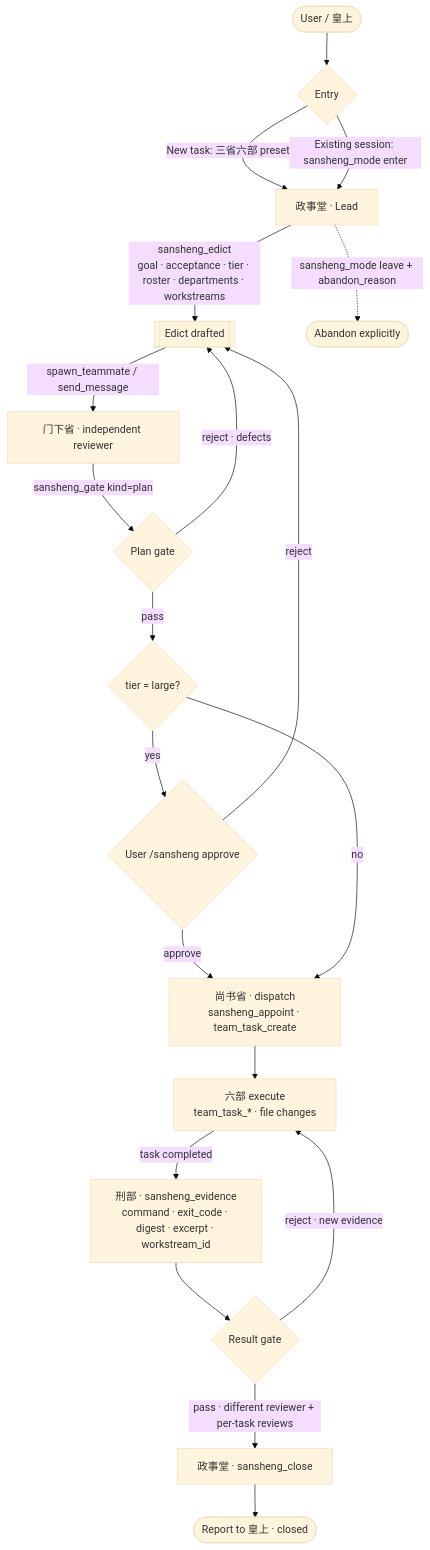
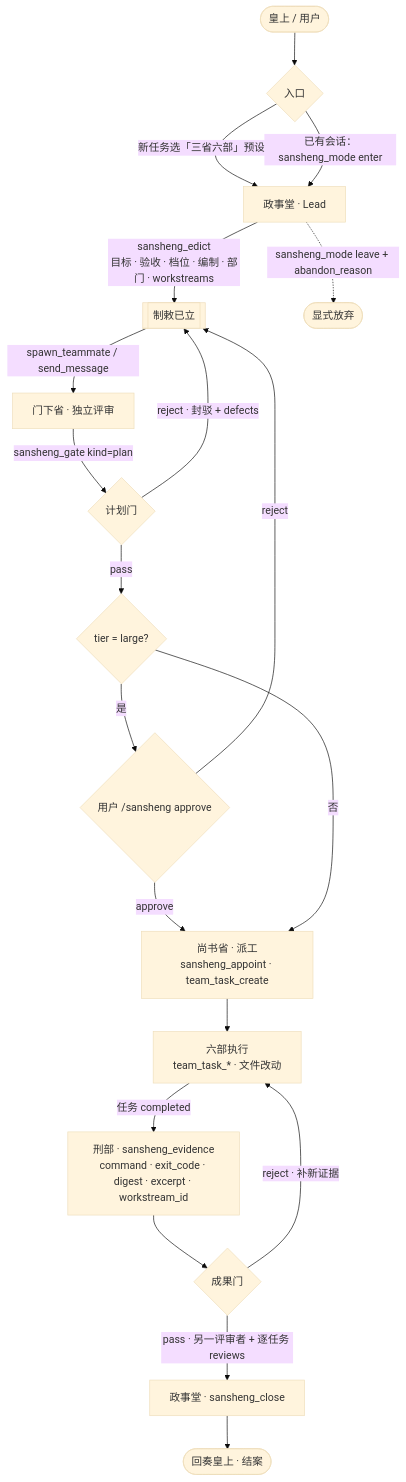
Before and after one commit to matcha-cult/dsh-experimental-sansheng: the diagram in README.md, drawn with Mermaid (base theme). The commit also changed other lines of this file and 3 other files, not shown here.

````diff
--- a/README.md
+++ b/README.md
@@ -97,22 +118,22 @@
 ```mermaid
 flowchart TD
-    U(["User / 皇上"]) --> ENTRY{"Entry"}
-    ENTRY -->|"New task: 三省六部 preset"| LEAD["政事堂 · Lead"]
-    ENTRY -->|"Existing session: sansheng_mode enter"| LEAD
-    LEAD -->|"sansheng_edict<br/>goal · acceptance · tier · roster · departments · workstreams"| EDICT[["Edict drafted"]]
-    EDICT -->|"spawn_teammate / send_message"| REVIEW["门下省 · independent reviewer"]
-    REVIEW -->|"sansheng_gate kind=plan"| PG{"Plan gate"}
-    PG -->|"reject · defects"| EDICT
+    U(["皇上 / 用户"]) --> ENTRY{"入口"}
+    ENTRY -->|"新任务选「三省六部」预设"| LEAD["政事堂 · Lead"]
+    ENTRY -->|"已有会话：sansheng_mode enter"| LEAD
+    LEAD -->|"sansheng_edict<br/>目标 · 验收 · 档位 · 编制 · 部门 · workstreams"| EDICT[["制敕已立"]]
+    EDICT -->|"spawn_teammate / send_message"| REVIEW["门下省 · 独立评审"]
+    REVIEW -->|"sansheng_gate kind=plan"| PG{"计划门"}
+    PG -->|"reject · 封驳 + defects"| EDICT
     PG -->|"pass"| LARGE{"tier = large?"}
-    LARGE -->|"yes"| HUMAN{"User /sansheng approve"}
+    LARGE -->|"是"| HUMAN{"用户 /sansheng approve"}
     HUMAN -->|"reject"| EDICT
-    HUMAN -->|"approve"| DISPATCH["尚书省 · dispatch<br/>sansheng_appoint · team_task_create"]
-    LARGE -->|"no"| DISPATCH
-    DISPATCH --> EXEC["六部 execute<br/>team_task_* · file changes"]
-    EXEC -->|"task completed"| EVID["刑部 · sansheng_evidence<br/>command · exit_code · digest · excerpt · workstream_id"]
-    EVID --> RG{"Result gate"}
-    RG -->|"reject · new evidence"| EXEC
-    RG -->|"pass · different reviewer + per-task reviews"| CLOSE["政事堂 · sansheng_close"]
-    CLOSE --> DONE(["Report to 皇上 · closed"])
-    LEAD -.->|"sansheng_mode leave + abandon_reason"| ABANDON(["Abandon explicitly"])
+    HUMAN -->|"approve"| DISPATCH["尚书省 · 派工<br/>sansheng_appoint · team_task_create"]
+    LARGE -->|"否"| DISPATCH
+    DISPATCH --> EXEC["六部执行<br/>team_task_* · 文件改动"]
+    EXEC -->|"任务 completed"| EVID["刑部 · sansheng_evidence<br/>command · exit_code · digest · excerpt · workstream_id"]
+    EVID --> RG{"成果门"}
+    RG -->|"reject · 补新证据"| EXEC
+    RG -->|"pass · 另一评审者 + 逐任务 reviews"| CLOSE["政事堂 · sansheng_close"]
+    CLOSE --> DONE(["回奏皇上 · 结案"])
+    LEAD -.->|"sansheng_mode leave + abandon_reason"| ABANDON(["显式放弃"])
 ```
````
